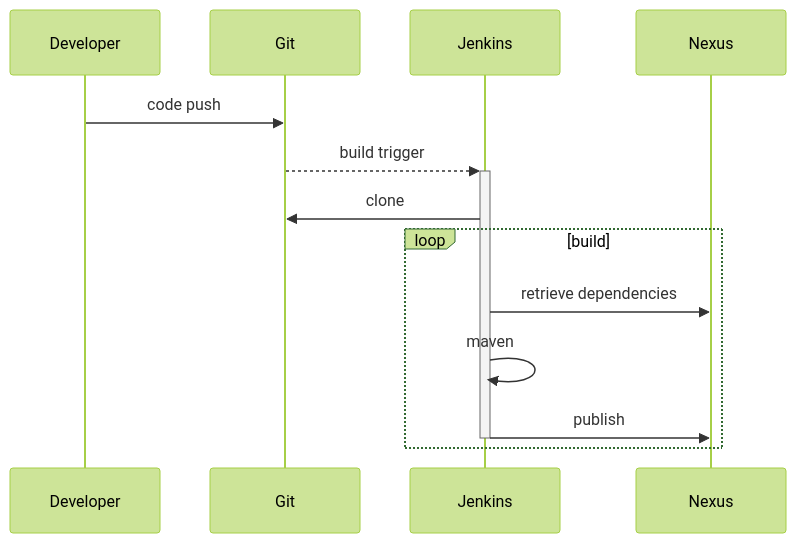
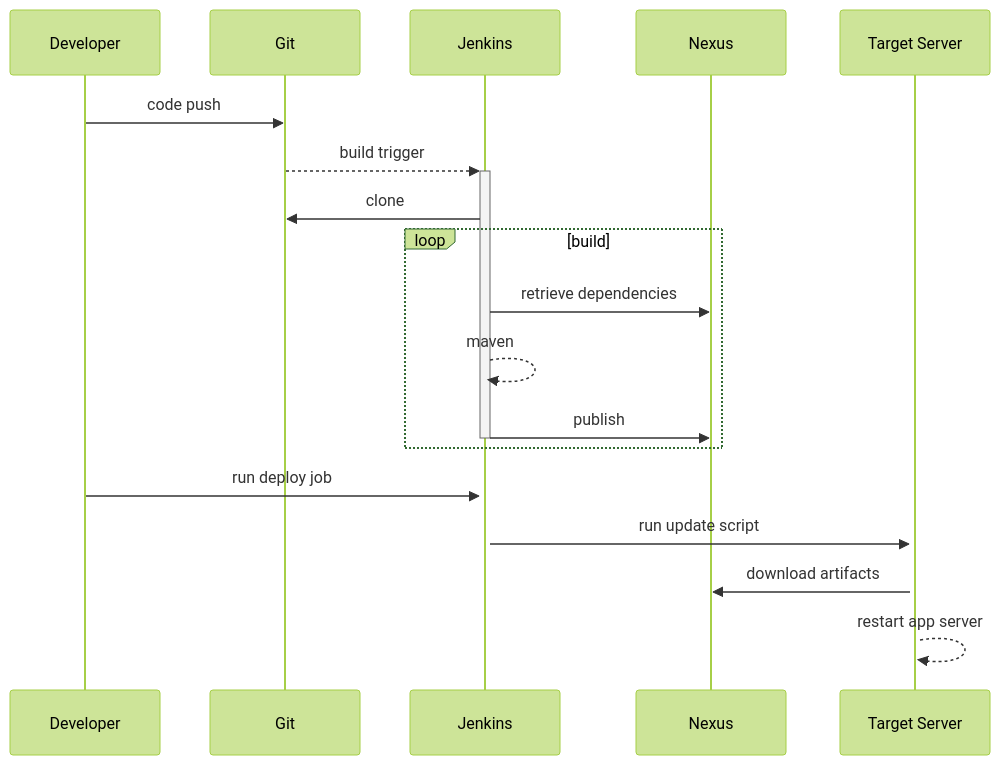
One commit to jeroenpeeters/thesis changed the first of 3 diagrams in README.md. Above: the diagram before and after it, drawn with Mermaid (forest theme). The commit also changed other lines of this file, not shown here.

Commit message:
extended sequencediagram

````diff
--- a/README.md
+++ b/README.md
@@ -28,17 +28,25 @@
 ```mermaid
 sequenceDiagram
 
 participant Developer
 participant Git
 participant Jenkins
+participant Nexus
+participant Target Server
 
 Developer->>Git:    code push
 Git-->>+Jenkins:    build trigger
 Jenkins->>Git:      clone
 
 loop build
 Jenkins->>Nexus:    retrieve dependencies
-Jenkins->>Jenkins:  maven
+Jenkins-->>Jenkins:  maven
 Jenkins->>-Nexus:   publish
 end
+
+Developer->>+Jenkins:  run deploy job
+
+Jenkins->>+Target Server: run update script
+Target Server->>Nexus:    download artifacts
+Target Server-->>Target Server: restart app server
 ```
````
